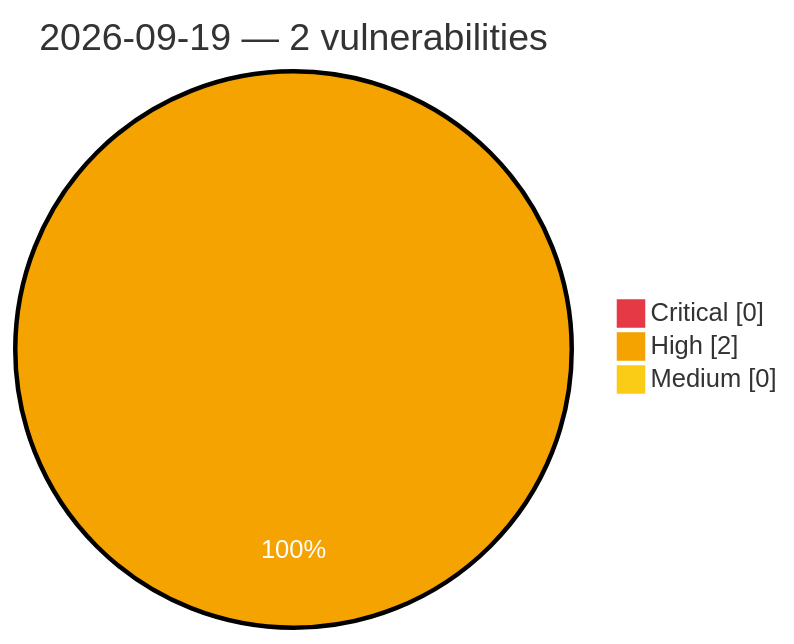
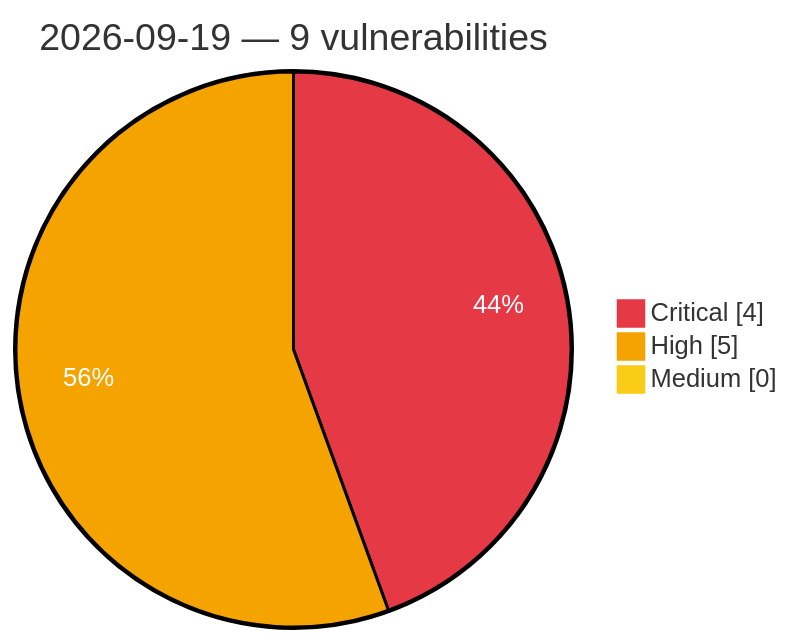
One commit to GhostX0X/vuln-tracker changed the diagram in vulnerabilities/2026/September/2026-09-19.md. Above: the diagram before and after it, drawn with Mermaid. The commit also changed other lines of this file and 5 other files, not shown here.

Commit message:
Auto update: critical/high vulns (2026-09-19 09:12 UTC)

````diff
--- a/vulnerabilities/2026/September/2026-09-19.md
+++ b/vulnerabilities/2026/September/2026-09-19.md
@@ -3,8 +3,8 @@
 ```mermaid
 %%{init: {'theme':'base', 'themeVariables': {'pie1':'#e63946', 'pie2':'#f4a300', 'pie3':'#facc15', 'pieOpacity':'1', 'pieOuterStrokeWidth':'2px', 'pieSectionTextColor':'#ffffff'}}}%%
 pie showData
-    title 2026-09-19 — 2 vulnerabilities
-    "Critical" : 0
-    "High" : 2
+    title 2026-09-19 — 9 vulnerabilities
+    "Critical" : 4
+    "High" : 5
     "Medium" : 0
 ```
````
